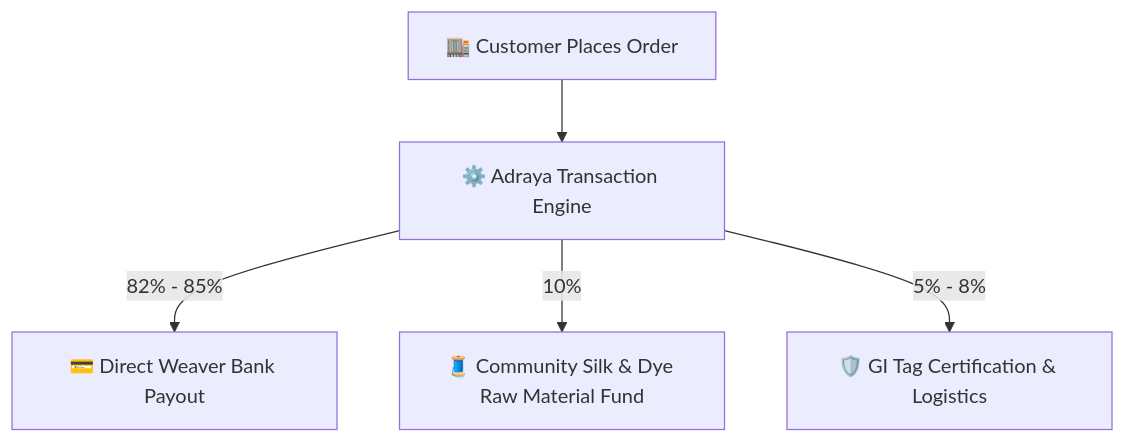
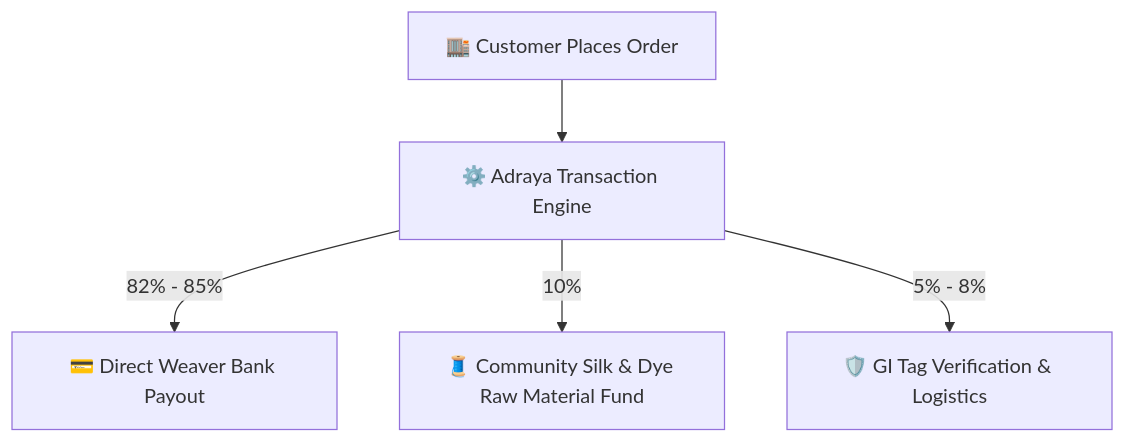
One commit to HardikMathur11/Adraya changed the third of 4 diagrams in README.md. Above: the diagram before and after it, drawn with Mermaid. The commit also changed other lines of this file, not shown here.

Commit message:
Configure README.md with comprehensive WeaveHeritage Lux hackathon solution mapping and Mermaid diagrams

````diff
--- a/README.md
+++ b/README.md
@@ -139,7 +160,7 @@
 ```mermaid
 flowchart TD
     A["🏬 Customer Places Order"] --> B["⚙️ Adraya Transaction Engine"]
     B -->|82% - 85%| C["💳 Direct Weaver Bank Payout"]
     B -->|10%| D["🧵 Community Silk & Dye Raw Material Fund"]
-    B -->|5% - 8%| E["🛡️ GI Tag Certification & Logistics"]
+    B -->|5% - 8%| E["🛡️ GI Tag Verification & Logistics"]
 ```
````
